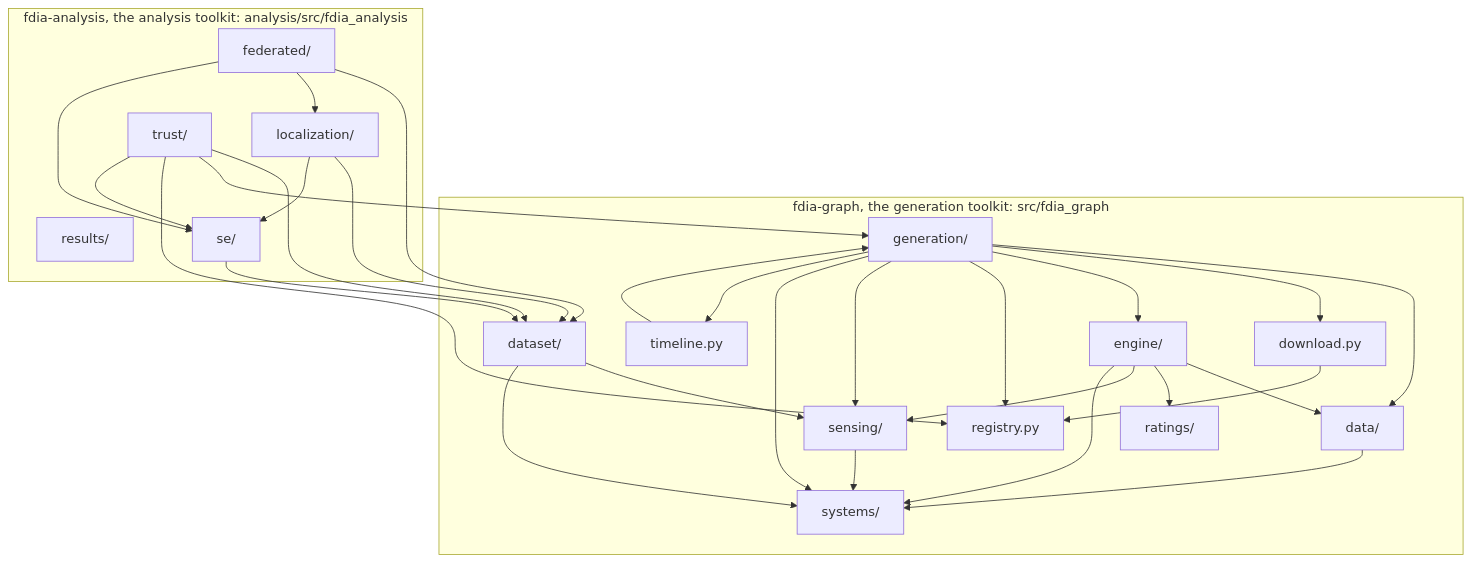
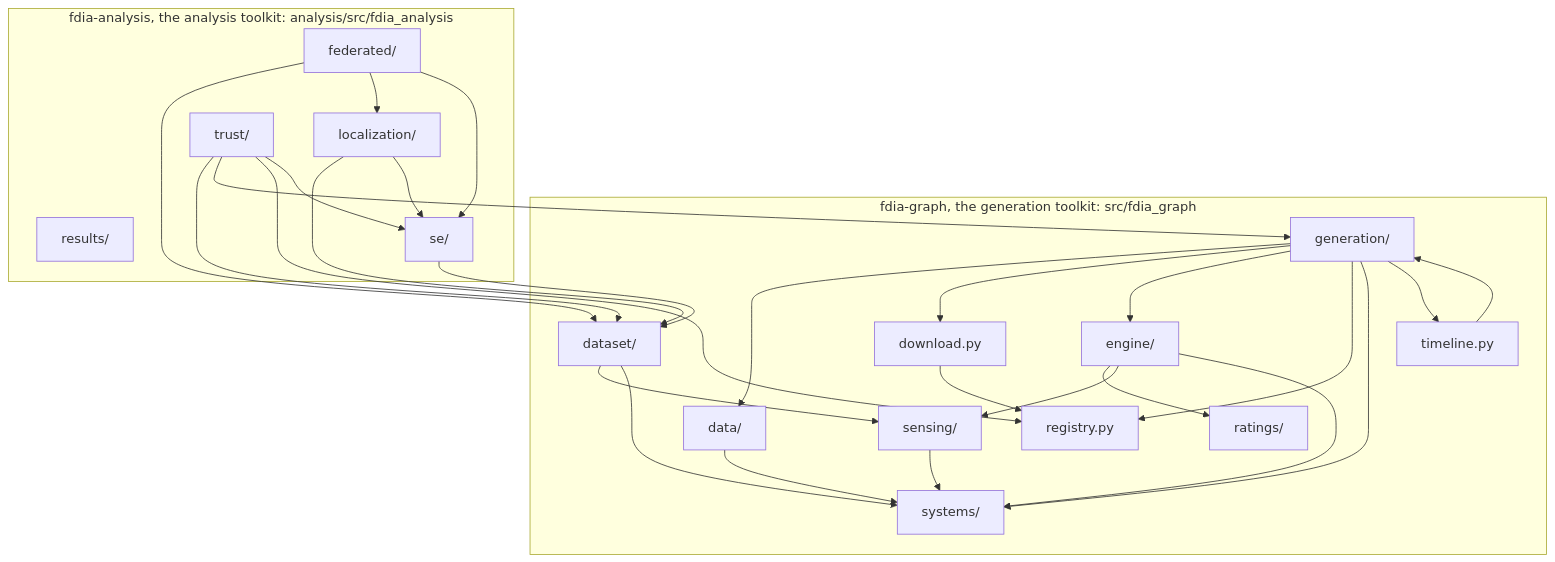
The diagram in docs/figures/diagrams/modules.mmd (myersben9/fdia-graph), drawn with Mermaid before and after one commit. The commit also changed 79 other files, not shown here.

```diff
--- a/docs/figures/diagrams/modules.mmd
+++ b/docs/figures/diagrams/modules.mmd
@@ -1,47 +1,45 @@
 flowchart TB
     subgraph fdia_graph["fdia-graph, the generation toolkit: src/fdia_graph"]
         data["data/"]
         dataset["dataset/"]
         download["download.py"]
         engine["engine/"]
         generation["generation/"]
         ratings["ratings/"]
         registry["registry.py"]
         sensing["sensing/"]
         systems["systems/"]
         timeline["timeline.py"]
     end
     subgraph fdia_analysis["fdia-analysis, the analysis toolkit: analysis/src/fdia_analysis"]
         federated["federated/"]
         localization["localization/"]
         results["results/"]
         se["se/"]
         trust["trust/"]
     end
     data --> systems
     dataset --> sensing
     dataset --> systems
     download --> registry
-    engine --> data
     engine --> ratings
     engine --> sensing
     engine --> systems
     federated --> dataset
     federated --> localization
     federated --> se
     generation --> data
     generation --> download
     generation --> engine
     generation --> registry
-    generation --> sensing
     generation --> systems
     generation --> timeline
     localization --> dataset
     localization --> se
     se --> dataset
     sensing --> systems
     timeline --> generation
     trust --> dataset
     trust --> generation
     trust --> registry
     trust --> se
```
